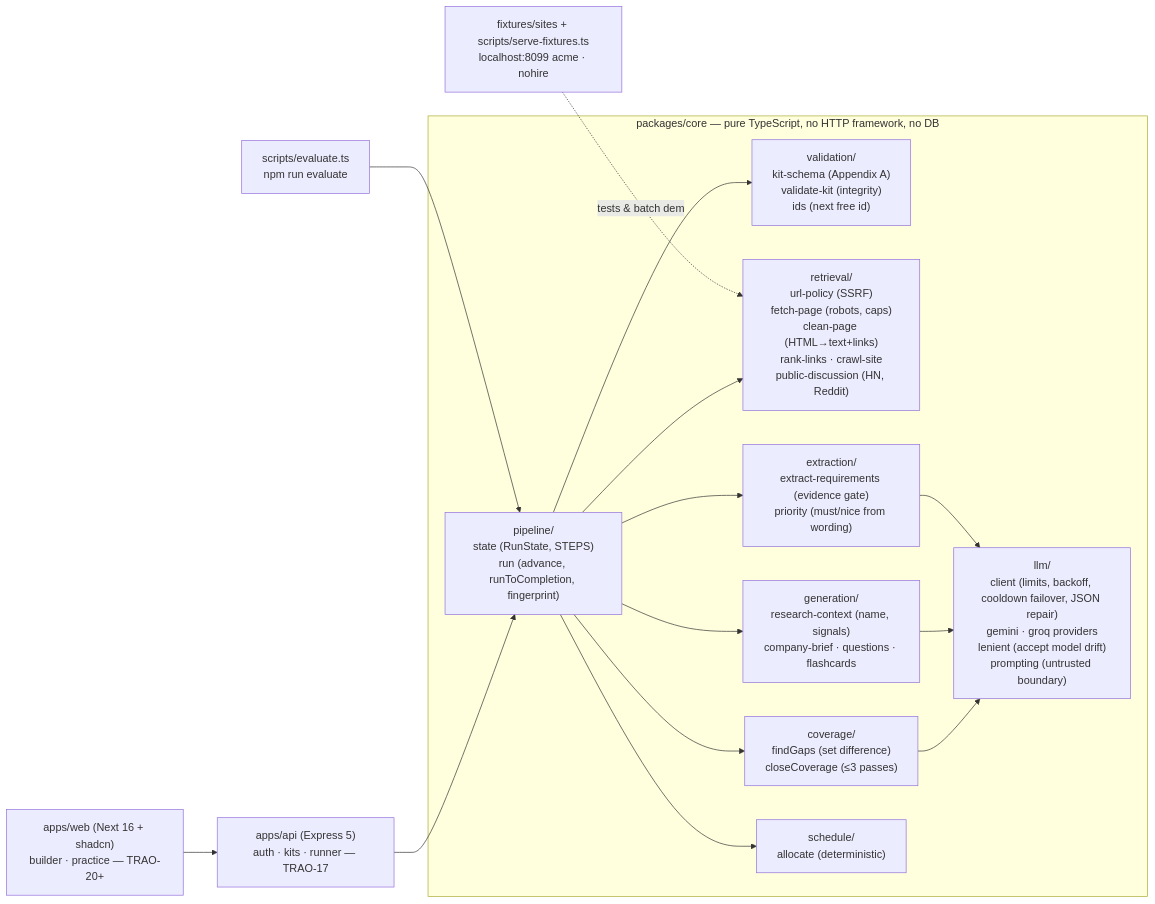
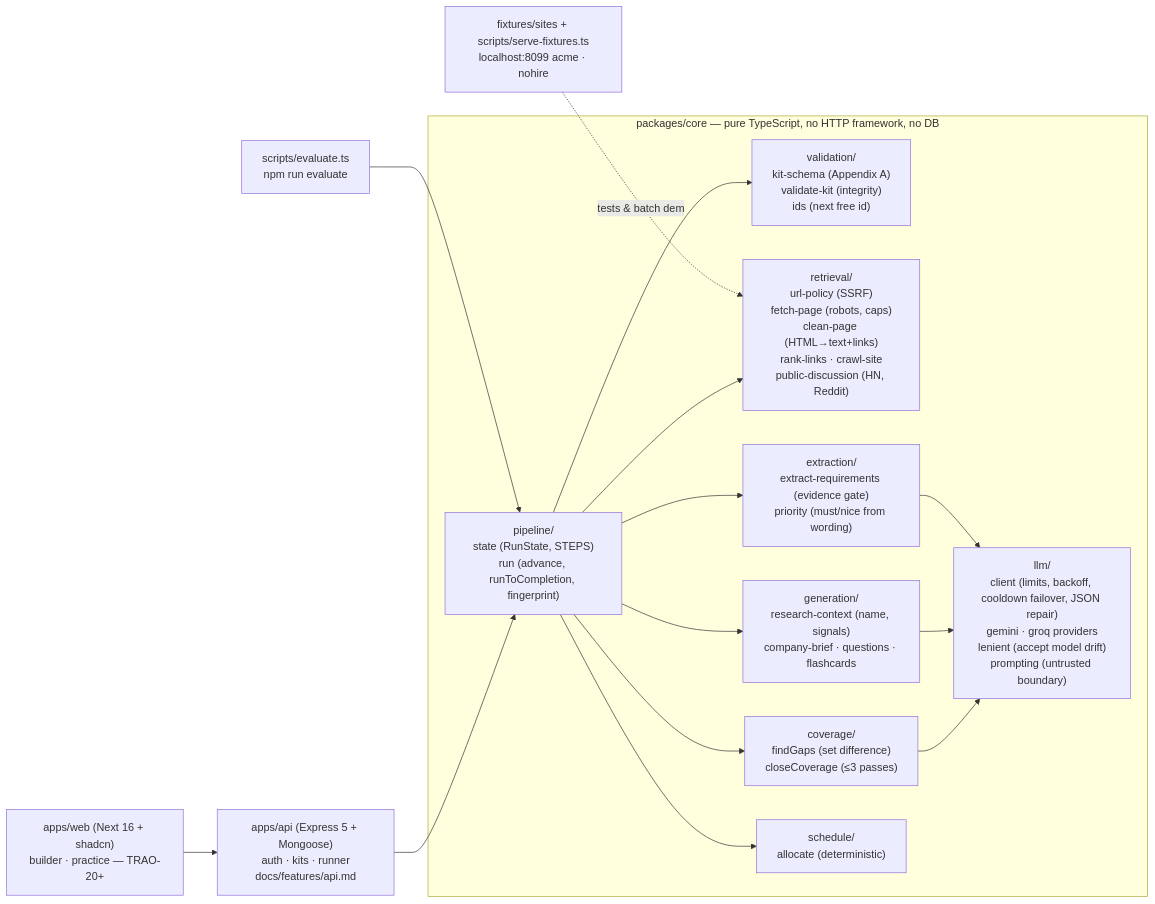
One commit to ayush-mania/trao-assignment changed the first of 3 diagrams in docs/GRAPH.md. Above: the diagram before and after it, drawn with Mermaid. The commit also changed other lines of this file and 25 other files, not shown here.

First line of the commit message:
feat: add API with auth, kits and the in-process runner

````diff
--- a/docs/GRAPH.md
+++ b/docs/GRAPH.md
@@ -14,19 +14,19 @@
 ```mermaid
 flowchart LR
   subgraph core["packages/core — pure TypeScript, no HTTP framework, no DB"]
     validation["validation/<br/>kit-schema (Appendix A)<br/>validate-kit (integrity)<br/>ids (next free id)"]
     llm["llm/<br/>client (limits, backoff, cooldown failover, JSON repair)<br/>gemini · groq providers<br/>lenient (accept model drift)<br/>prompting (untrusted boundary)"]
     retrieval["retrieval/<br/>url-policy (SSRF)<br/>fetch-page (robots, caps)<br/>clean-page (HTML→text+links)<br/>rank-links · crawl-site<br/>public-discussion (HN, Reddit)"]
     extraction["extraction/<br/>extract-requirements (evidence gate)<br/>priority (must/nice from wording)"]
     generation["generation/<br/>research-context (name, signals)<br/>company-brief · questions · flashcards"]
     coverage["coverage/<br/>findGaps (set difference)<br/>closeCoverage (≤3 passes)"]
     schedule["schedule/<br/>allocate (deterministic)"]
     pipeline["pipeline/<br/>state (RunState, STEPS)<br/>run (advance, runToCompletion, fingerprint)"]
   end
   cli["scripts/evaluate.ts<br/>npm run evaluate"] --> pipeline
-  api["apps/api (Express 5)<br/>auth · kits · runner — TRAO-17"] --> pipeline
+  api["apps/api (Express 5 + Mongoose)<br/>auth · kits · runner<br/>docs/features/api.md"] --> pipeline
   web["apps/web (Next 16 + shadcn)<br/>builder · practice — TRAO-20+"] --> api
   fixtures["fixtures/sites + scripts/serve-fixtures.ts<br/>localhost:8099 acme · nohire"] -.tests & batch demo.-> retrieval
   pipeline --> extraction & retrieval & generation & coverage & schedule & validation
   extraction & generation & coverage --> llm
 ```
````
